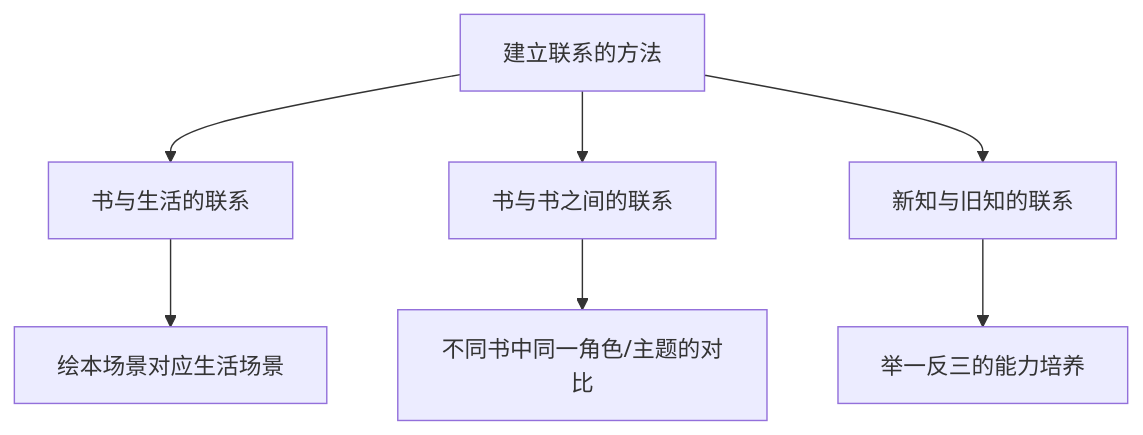
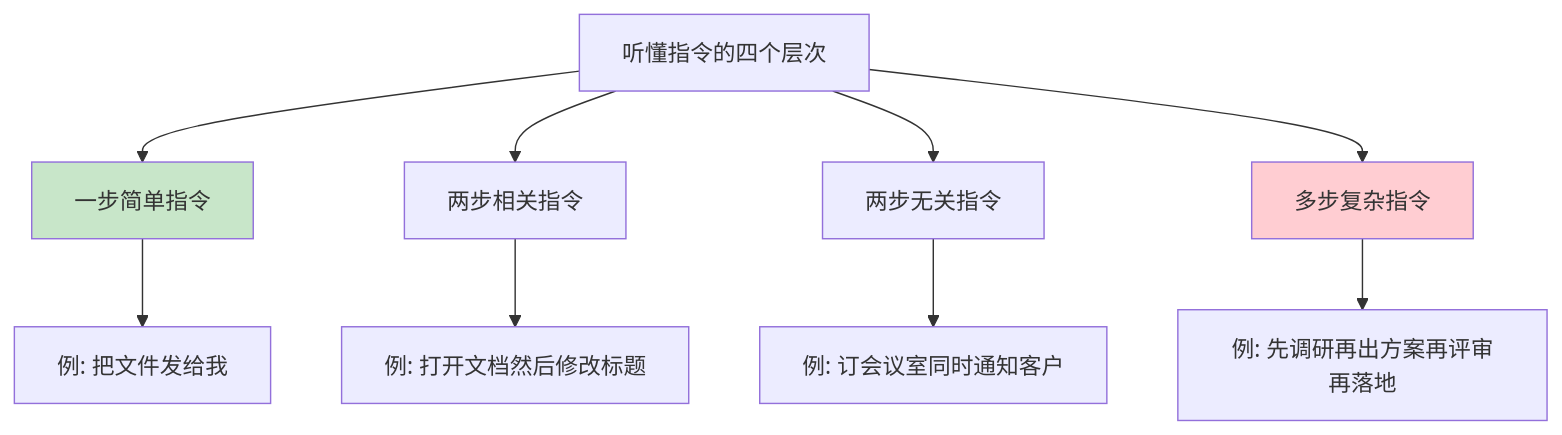
Before and after one commit to chongyang211/YCBookBlog: the third of 12 diagrams in 10.自我进阶提升书/06.语言沟通的演进/6.3理解能力的锻炼.md, drawn with Mermaid. The commit also changed other lines of this file, not shown here.

````diff
--- a/10.自我进阶提升书/06.语言沟通的演进/6.3理解能力的锻炼.md
+++ b/10.自我进阶提升书/06.语言沟通的演进/6.3理解能力的锻炼.md
@@ -77,9 +77,13 @@
 ```mermaid
 graph TD
-    A[建立联系的方法] --> B[书与生活的联系]
-    A --> C[书与书之间的联系]
-    A --> D[新知与旧知的联系]
-    B --> B1[绘本场景对应生活场景]
-    C --> C1[不同书中同一角色/主题的对比]
-    D --> D1[举一反三的能力培养]
+    A[听懂指令的四个层次] --> B[一步简单指令]
+    A --> C[两步相关指令]
+    A --> D[两步无关指令]
+    A --> E[多步复杂指令]
+    B --> B1[例: 把文件发给我]
+    C --> C1[例: 打开文档然后修改标题]
+    D --> D1[例: 订会议室同时通知客户]
+    E --> E1[例: 先调研再出方案再评审再落地]
+    style B fill:#c8e6c9
+    style E fill:#ffcdd2
 ```
````
